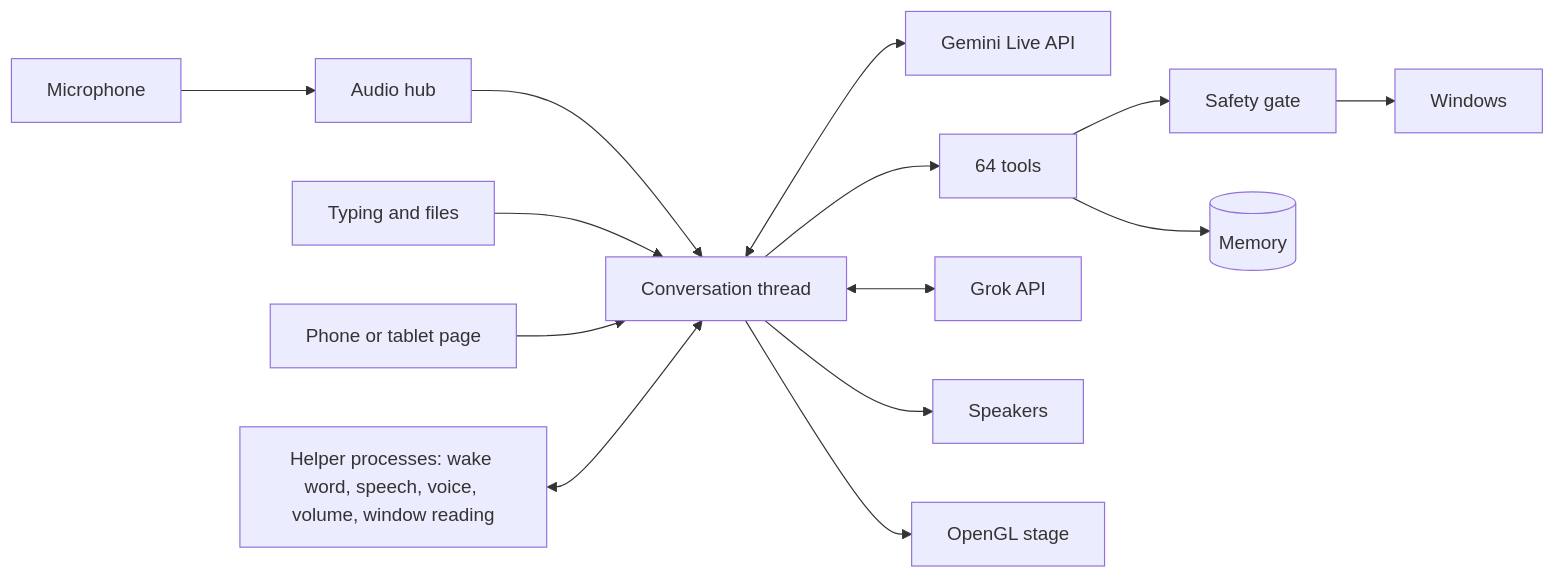
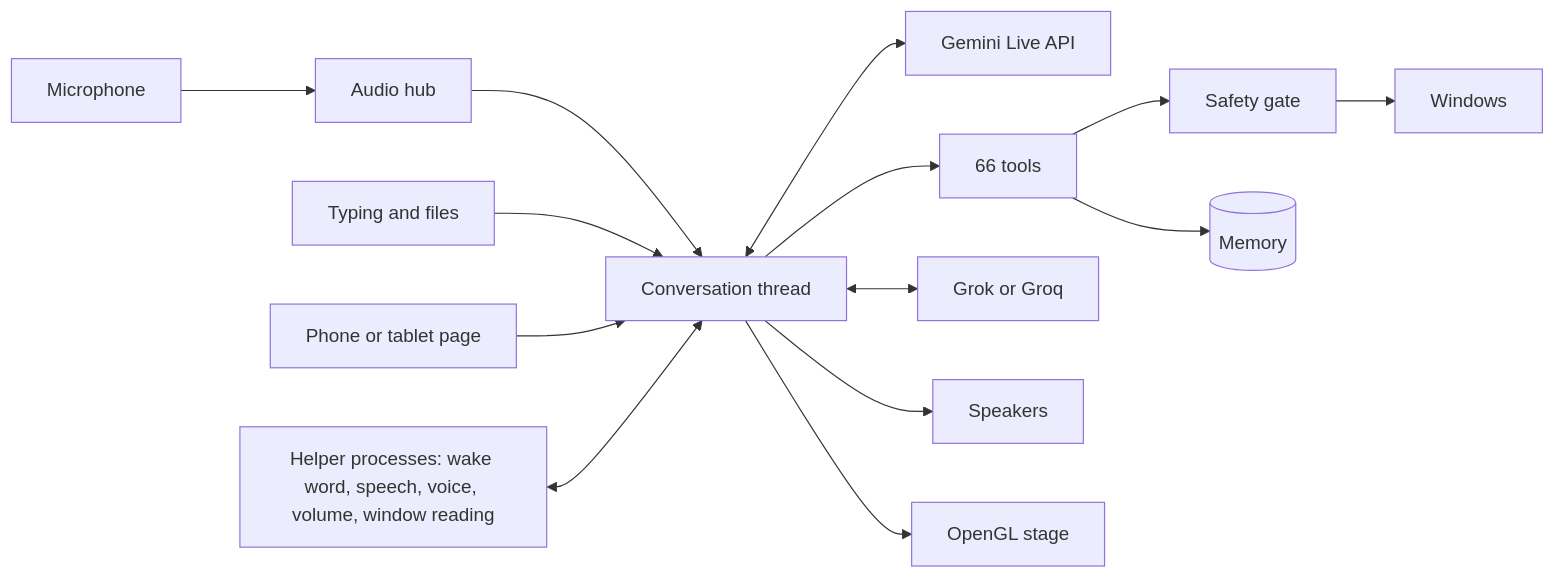
Before and after one commit to SAMIJAVED217/ALPHA: the second of 2 diagrams in README.md, drawn with Mermaid. The commit also changed other lines of this file and 31 other files, not shown here.

````diff
--- a/README.md
+++ b/README.md
@@ -171,16 +174,16 @@
 ```mermaid
 flowchart LR
     Mic[Microphone] --> Hub[Audio hub]
     Hub --> Talk[Conversation thread]
     Keys[Typing and files] --> Talk
     Talk <--> Gemini[Gemini Live API]
-    Talk --> Tools[64 tools]
-    Talk <--> Grok[Grok API]
+    Talk --> Tools[66 tools]
+    Talk <--> Second[Grok or Groq]
     Phone[Phone or tablet page] --> Talk
     Tools --> Gate[Safety gate]
     Gate --> PC[Windows]
     Tools --> Memory[(Memory)]
     Talk --> Speaker[Speakers]
     Talk --> Stage[OpenGL stage]
     Helpers[Helper processes: wake word, speech, voice, volume, window reading] <--> Talk
 ```
````
